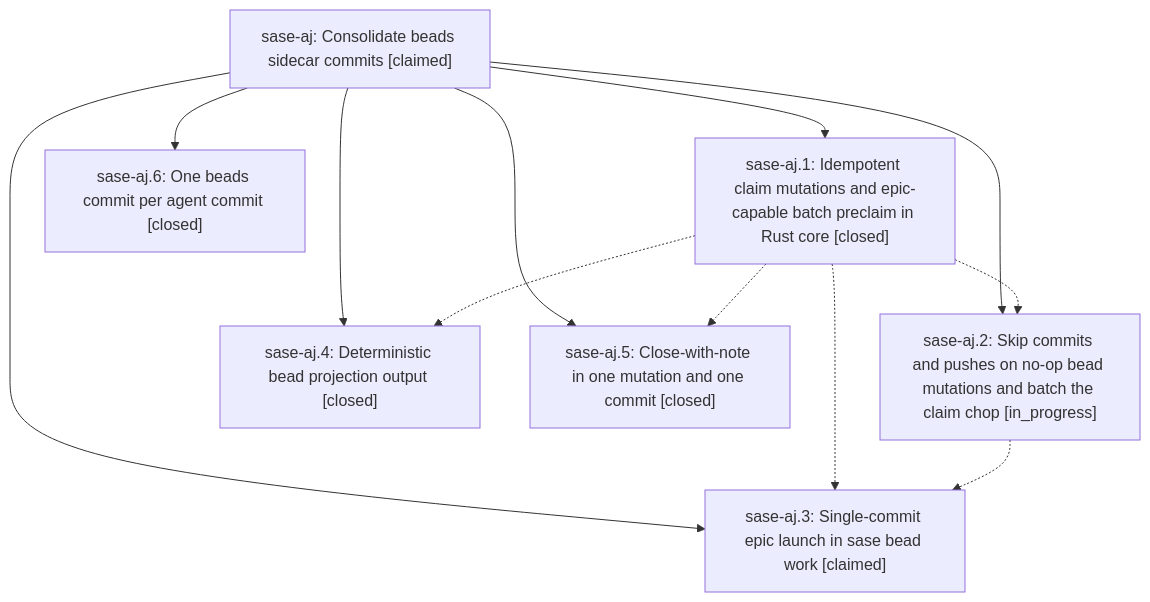
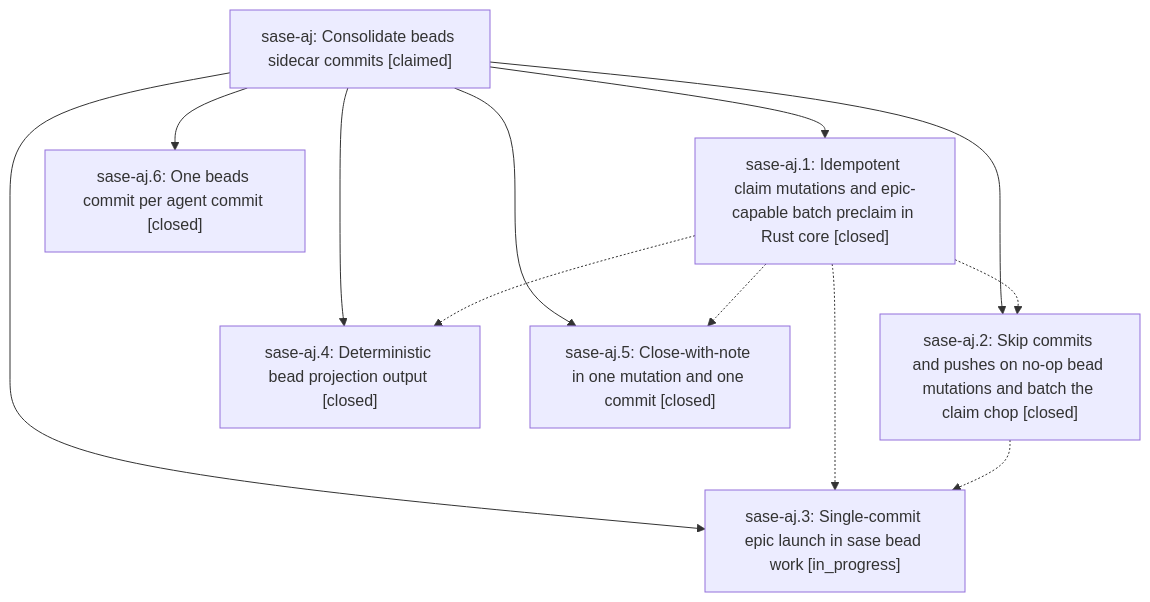
The diagram in pages/sase-aj/README.md (sase-org/sase--beads), drawn with Mermaid before and after one commit. The commit also changed other lines of this file and 16 other files, not shown here.

````diff
--- a/pages/sase-aj/README.md
+++ b/pages/sase-aj/README.md
@@ -27,21 +27,21 @@
 ```mermaid
 flowchart TD
     n0["sase-aj: Consolidate beads sidecar commits [claimed]"]
     n1["sase-aj.1: Idempotent claim mutations and epic-capable batch preclaim in Rust core [closed]"]
-    n2["sase-aj.2: Skip commits and pushes on no-op bead mutations and batch the claim chop [in_progress]"]
-    n3["sase-aj.3: Single-commit epic launch in sase bead work [claimed]"]
+    n2["sase-aj.2: Skip commits and pushes on no-op bead mutations and batch the claim chop [closed]"]
+    n3["sase-aj.3: Single-commit epic launch in sase bead work [in_progress]"]
     n4["sase-aj.4: Deterministic bead projection output [closed]"]
     n5["sase-aj.5: Close-with-note in one mutation and one commit [closed]"]
     n6["sase-aj.6: One beads commit per agent commit [closed]"]
     n0 --> n1
     n0 --> n2
     n0 --> n3
     n0 --> n4
     n0 --> n5
     n0 --> n6
     n1 -.-> n2
     n1 -.-> n3
     n1 -.-> n4
     n1 -.-> n5
     n2 -.-> n3
 ```
````
